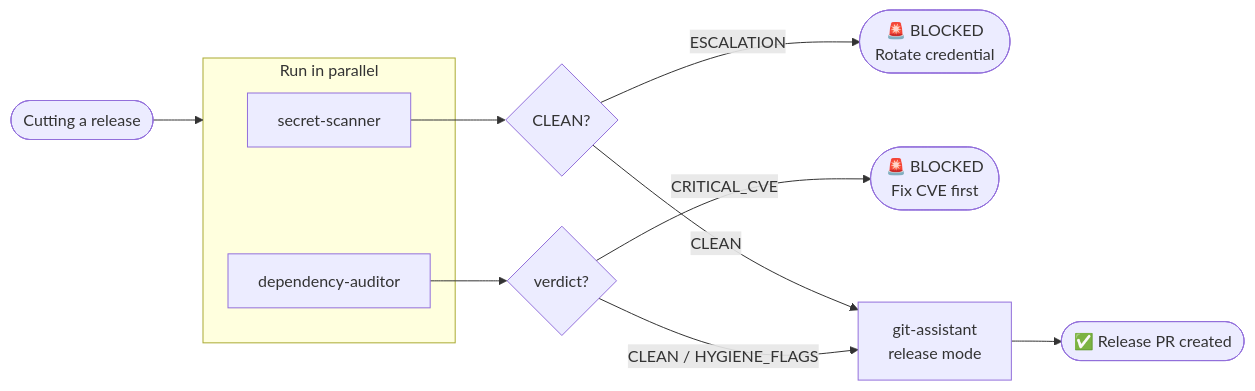
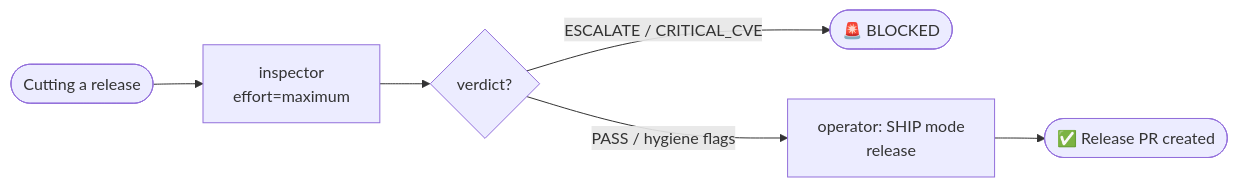
Before and after one commit to RyoKusnadi/rig-bench: the third of 3 diagrams in subagents/README.md, drawn with Mermaid. The commit also changed other lines of this file and 28 other files, not shown here.

First line of the commit message:
Replace 15-agent roster with operator/inspector, rewire workflows

````diff
--- a/subagents/README.md
+++ b/subagents/README.md
@@ -221,17 +110,10 @@
 ```mermaid
 flowchart LR
-    Start([Cutting a release]) --> Parallel
+    Start([Cutting a release]) --> INS[inspector\neffort=maximum]
 
-    subgraph Parallel [Run in parallel]
-        SS[secret-scanner]
-        DA[dependency-auditor]
-    end
+    INS --> INS_gate{verdict?}
+    INS_gate -- ESCALATE / CRITICAL_CVE --> BLOCKED([🚨 BLOCKED])
+    INS_gate -- PASS / hygiene flags --> OP[operator: SHIP mode\nrelease]
 
-    SS --> SS_gate{CLEAN?}
-    SS_gate -- ESCALATION --> BLOCKED1([🚨 BLOCKED\nRotate credential])
-    DA --> DA_gate{verdict?}
-    DA_gate -- CRITICAL_CVE --> BLOCKED2([🚨 BLOCKED\nFix CVE first])
-    SS_gate -- CLEAN --> GA[git-assistant\nrelease mode]
-    DA_gate -- CLEAN / HYGIENE_FLAGS --> GA
-    GA --> PR([✅ Release PR created])
+    OP --> PR([✅ Release PR created])
 ```
````
